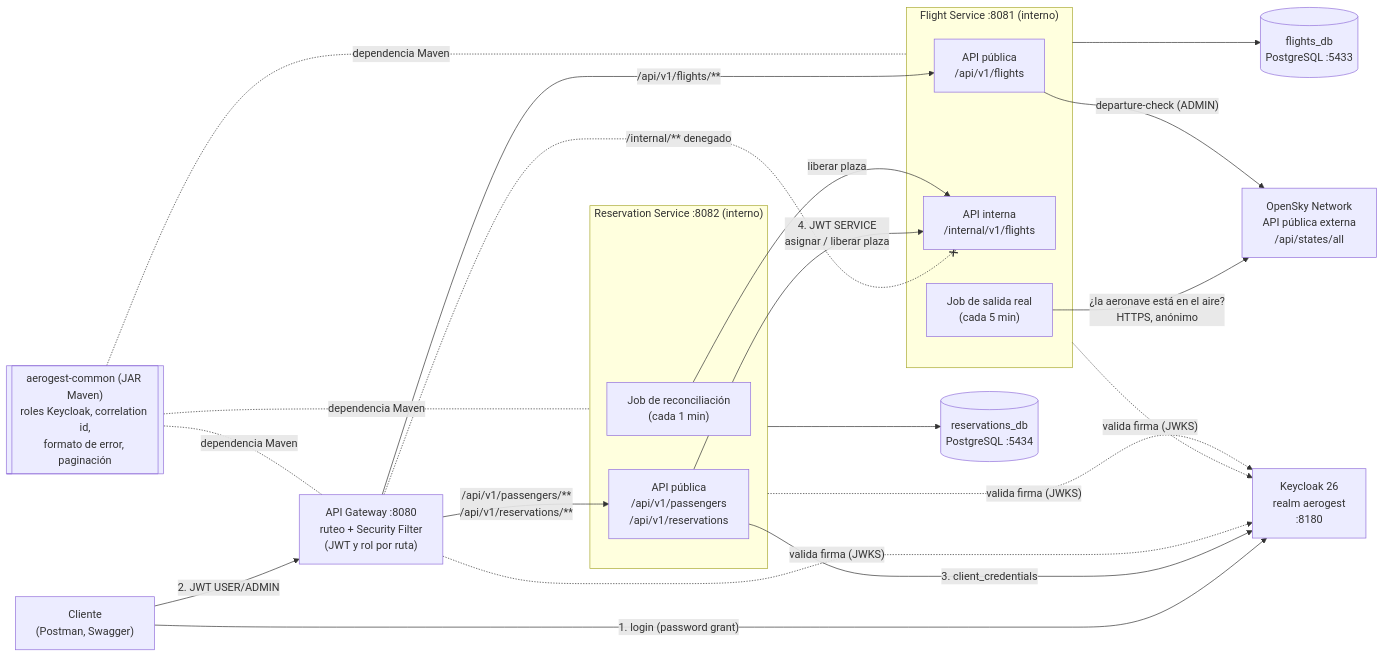
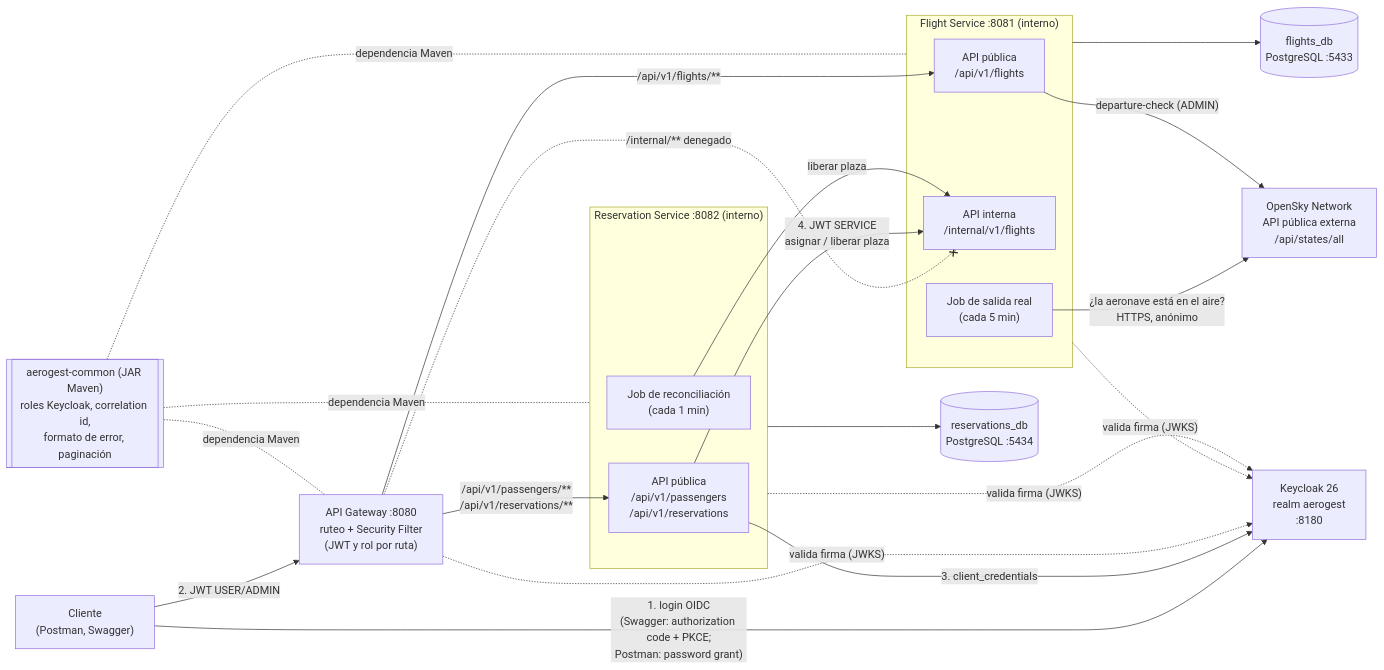
One commit to aguss0/AeroGest changed the first of 7 diagrams in docs/arquitectura.md. Above: the diagram before and after it, drawn with Mermaid. The commit also changed 27 other files, not shown here.

````diff
--- a/docs/arquitectura.md
+++ b/docs/arquitectura.md
@@ -39,39 +39,39 @@
 ```mermaid
 flowchart LR
     client["Cliente<br/>(Postman, Swagger)"]
     kc["Keycloak 26<br/>realm aerogest<br/>:8180"]
     gw["API Gateway :8080<br/>ruteo + Security Filter<br/>(JWT y rol por ruta)"]
     subgraph fs["Flight Service :8081 (interno)"]
         fapi["API pública<br/>/api/v1/flights"]
         fint["API interna<br/>/internal/v1/flights"]
         fjob["Job de salida real<br/>(cada 5 min)"]
     end
     opensky["OpenSky Network<br/>API pública externa<br/>/api/states/all"]
     subgraph rs["Reservation Service :8082 (interno)"]
         rapi["API pública<br/>/api/v1/passengers<br/>/api/v1/reservations"]
         job["Job de reconciliación<br/>(cada 1 min)"]
     end
     fdb[("flights_db<br/>PostgreSQL :5433")]
     rdb[("reservations_db<br/>PostgreSQL :5434")]
 
     common[["aerogest-common (JAR Maven)<br/>roles Keycloak, correlation id,<br/>formato de error, paginación"]]
 
-    client -- "1. login (password grant)" --> kc
+    client -- "1. login OIDC<br/>(Swagger: authorization code + PKCE;<br/>Postman: password grant)" --> kc
     client -- "2. JWT USER/ADMIN" --> gw
     gw -- "/api/v1/flights/**" --> fapi
     gw -- "/api/v1/passengers/**<br/>/api/v1/reservations/**" --> rapi
     gw -. "/internal/** denegado" .-x fint
     rapi -- "3. client_credentials" --> kc
     rapi -- "4. JWT SERVICE<br/>asignar / liberar plaza" --> fint
     job -- "liberar plaza" --> fint
     fjob -- "¿la aeronave está en el aire?<br/>HTTPS, anónimo" --> opensky
     fapi -- "departure-check (ADMIN)" --> opensky
     fs --> fdb
     rs --> rdb
     gw -. "valida firma (JWKS)" .-> kc
     fs -. "valida firma (JWKS)" .-> kc
     rs -. "valida firma (JWKS)" .-> kc
     common -. "dependencia Maven" .- gw
     common -. "dependencia Maven" .- fs
     common -. "dependencia Maven" .- rs
 ```
````
